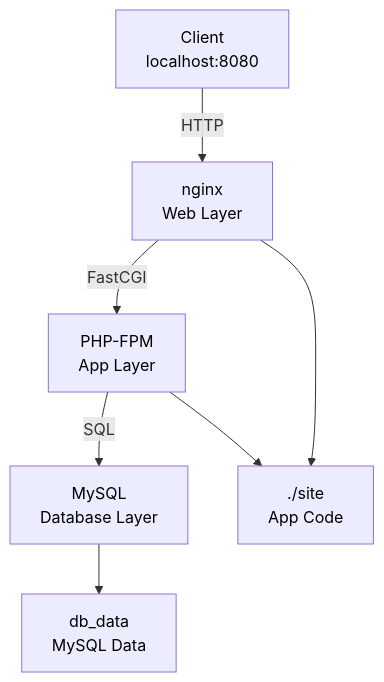
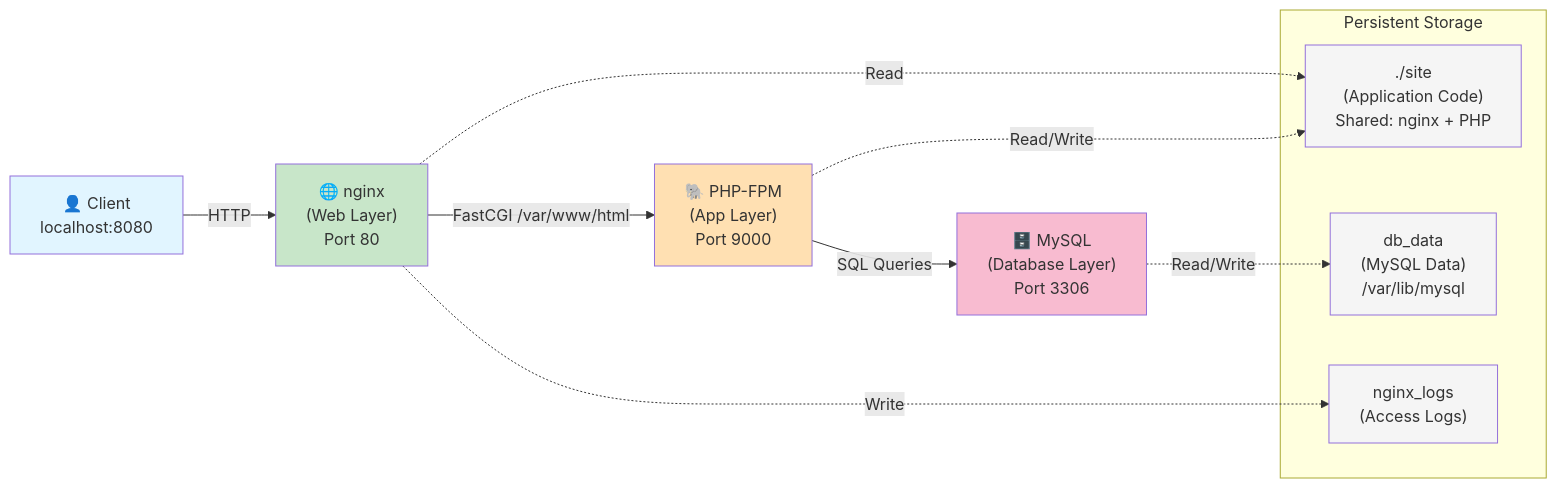
One commit to aleynatila/iaas-webhosting changed the diagram in README.md. Above: the diagram before and after it, drawn with Mermaid. The commit also changed other lines of this file, not shown here.

Commit message:
Fix: Improve architecture diagram accuracy and add detailed data flow

````diff
--- a/README.md
+++ b/README.md
@@ -9,25 +9,29 @@
 ```mermaid
-graph TB
-    Client["Client<br/>localhost:8080"]
-    Nginx["nginx<br/>Web Layer"]
-    PHP["PHP-FPM<br/>App Layer"]
-    MySQL["MySQL<br/>Database Layer"]
+graph LR
+    Client["👤 Client<br/>localhost:8080"]
     
-    Client -->|HTTP| Nginx
-    Nginx -->|FastCGI| PHP
-    PHP -->|SQL| MySQL
+    Client -->|HTTP| Nginx["🌐 nginx<br/>(Web Layer)<br/>Port 80"]
     
-    Site["./site<br/>App Code"]
-    DBData["db_data<br/>MySQL Data"]
+    Nginx -->|FastCGI /var/www/html| PHP["🐘 PHP-FPM<br/>(App Layer)<br/>Port 9000"]
     
-    Nginx --> Site
-    PHP --> Site
-    MySQL --> DBData
+    PHP -->|SQL Queries| MySQL["🗄️ MySQL<br/>(Database Layer)<br/>Port 3306"]
     
-    style Client color:#000
-    style Nginx color:#000
-    style PHP color:#000
-    style MySQL color:#000
-    style Site color:#000
-    style DBData color:#000
+    subgraph Volumes[" Persistent Storage"]
+        AppCode[" ./site<br/>(Application Code)<br/>Shared: nginx + PHP"]
+        DBData[" db_data<br/>(MySQL Data)<br/>/var/lib/mysql"]
+        Logs[" nginx_logs<br/>(Access Logs)"]
+    end
+    
+    Nginx -.->|Read| AppCode
+    PHP -.->|Read/Write| AppCode
+    MySQL -.->|Read/Write| DBData
+    Nginx -.->|Write| Logs
+    
+    style Client fill:#e1f5ff
+    style Nginx fill:#c8e6c9
+    style PHP fill:#ffe0b2
+    style MySQL fill:#f8bbd0
+    style AppCode fill:#f5f5f5
+    style DBData fill:#f5f5f5
+    style Logs fill:#f5f5f5
 ```
````
